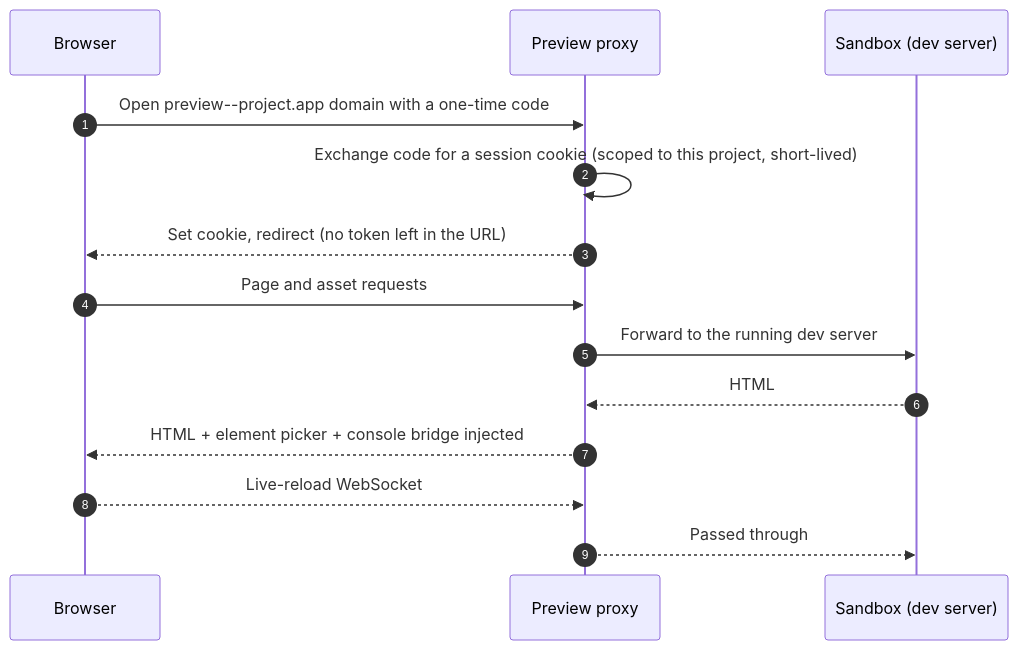
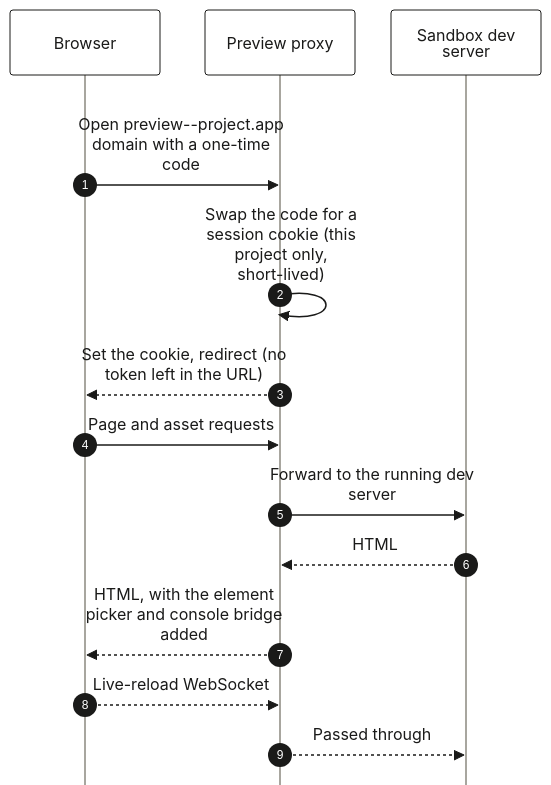
The diagram in docs/product/diagrams/src/A4-preview-path.mmd (netanyaj/architect-2), drawn with Mermaid before and after one commit. The commit also changed 64 other files, not shown here.

```diff
--- a/docs/product/diagrams/src/A4-preview-path.mmd
+++ b/docs/product/diagrams/src/A4-preview-path.mmd
@@ -1,14 +1,18 @@
+%%{init: {"theme":"base","themeVariables":{"fontFamily":"Arial","fontSize":"15px","primaryColor":"#FFFFFF","primaryBorderColor":"#1A1A19","primaryTextColor":"#1A1A19","lineColor":"#1A1A19","secondaryColor":"#FFFFFF","tertiaryColor":"#FFFFFF","clusterBkg":"#F5F4F0","clusterBorder":"#D6D4CC","edgeLabelBackground":"#FFFFFF","actorBkg":"#FFFFFF","actorBorder":"#1A1A19","actorTextColor":"#1A1A19","actorLineColor":"#A8A69F","signalColor":"#1A1A19","signalTextColor":"#1A1A19","noteBkgColor":"#F5F4F0","noteBorderColor":"#D6D4CC","noteTextColor":"#42413D","labelBoxBkgColor":"#FFFFFF","labelBoxBorderColor":"#1A1A19","labelTextColor":"#1A1A19","loopTextColor":"#1A1A19","activationBkgColor":"#F5F4F0","activationBorderColor":"#1A1A19","sequenceNumberColor":"#FFFFFF"},"sequence":{"mirrorActors":false,"actorMargin":36,"wrap":true,"width":150}}}%%
 sequenceDiagram
   autonumber
   participant B as Browser
   participant PX as Preview proxy
-  participant SB as Sandbox (dev server)
-  B->>PX: Open preview--project.app domain with a one-time code
-  PX->>PX: Exchange code for a session cookie (scoped to this project, short-lived)
-  PX-->>B: Set cookie, redirect (no token left in the URL)
-  B->>PX: Page and asset requests
-  PX->>SB: Forward to the running dev server
-  SB-->>PX: HTML
-  PX-->>B: HTML + element picker + console bridge injected
-  B-->>PX: Live-reload WebSocket
-  PX-->>SB: Passed through
+  participant SB as Sandbox dev server
+  %% A white card, so ink lines read on GitHub's dark theme too
+  rect rgb(255, 255, 255)
+    B->>PX: Open preview--project.app domain with a one-time code
+    PX->>PX: Swap the code for a session cookie (this project only, short-lived)
+    PX-->>B: Set the cookie, redirect (no token left in the URL)
+    B->>PX: Page and asset requests
+    PX->>SB: Forward to the running dev server
+    SB-->>PX: HTML
+    PX-->>B: HTML, with the element picker and console bridge added
+    B-->>PX: Live-reload WebSocket
+    PX-->>SB: Passed through
+  end
```
